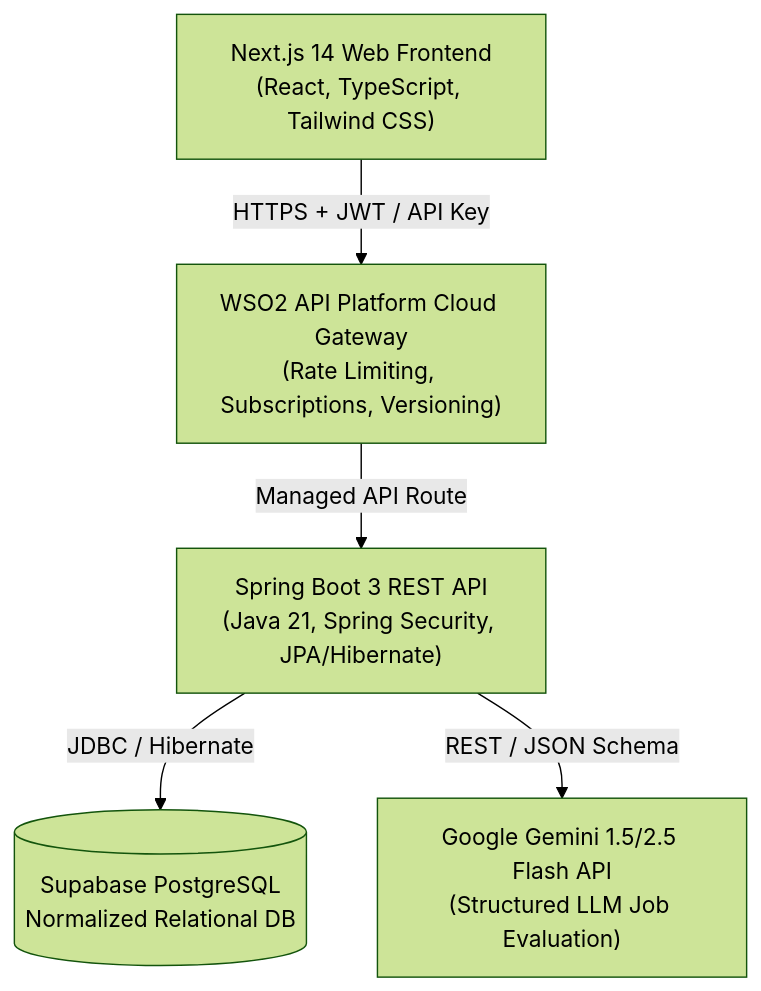
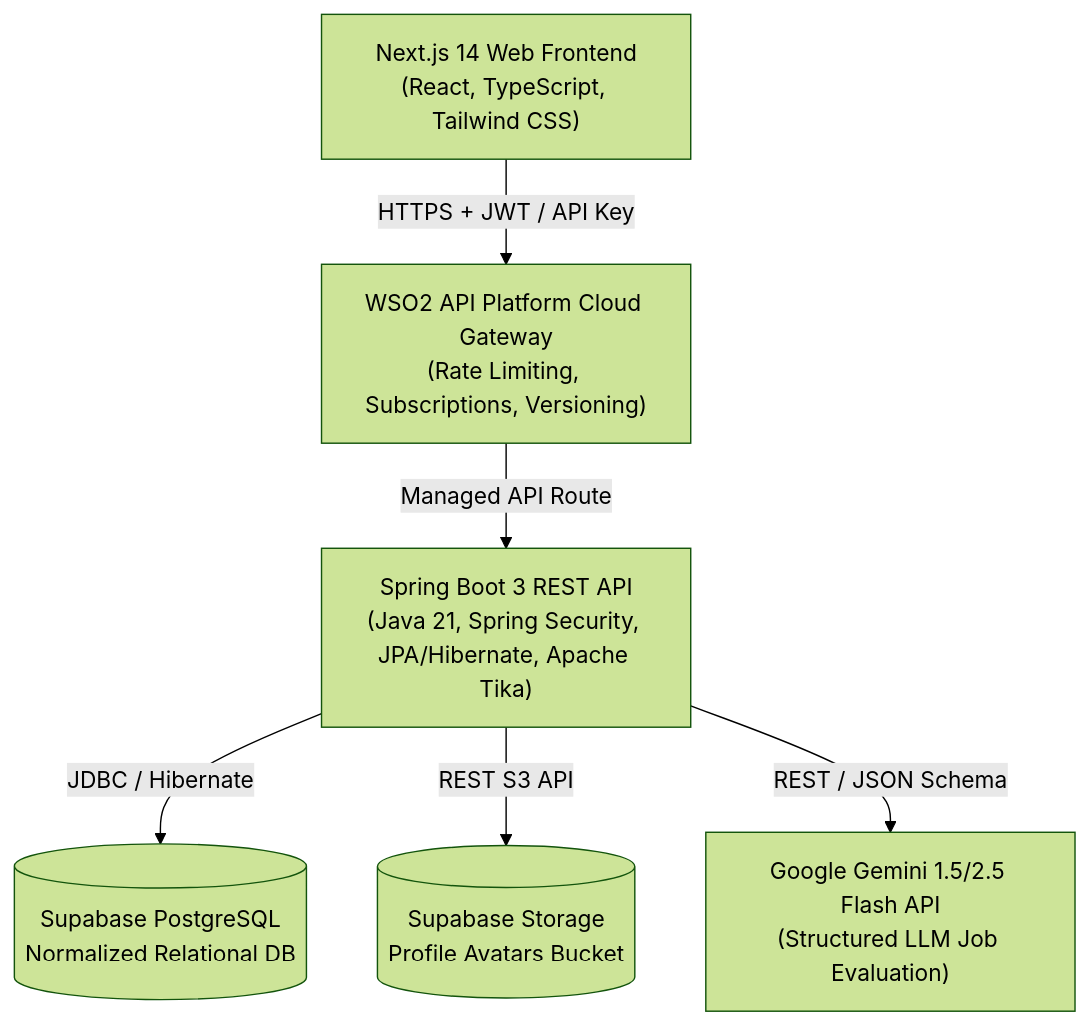
Before and after one commit to hifasahamath/AI-Job-Application-Tracker: the first of 3 diagrams in docs/ARCHITECTURE.md, drawn with Mermaid (forest theme). The commit also changed other lines of this file and 2 other files, not shown here.

Commit message:
docs: update system architecture, openapi spec, and postman test collection

````diff
--- a/docs/ARCHITECTURE.md
+++ b/docs/ARCHITECTURE.md
@@ -9,13 +9,15 @@
 ```mermaid
 graph TD
     Client["Next.js 14 Web Frontend<br/>(React, TypeScript, Tailwind CSS)"]
     WSO2["WSO2 API Platform Cloud Gateway<br/>(Rate Limiting, Subscriptions, Versioning)"]
-    Backend["Spring Boot 3 REST API<br/>(Java 21, Spring Security, JPA/Hibernate)"]
+    Backend["Spring Boot 3 REST API<br/>(Java 21, Spring Security, JPA/Hibernate, Apache Tika)"]
     Postgres[("Supabase PostgreSQL<br/>Normalized Relational DB")]
+    SupabaseStore[("Supabase Storage<br/>Profile Avatars Bucket")]
     Gemini["Google Gemini 1.5/2.5 Flash API<br/>(Structured LLM Job Evaluation)"]
 
     Client -->|HTTPS + JWT / API Key| WSO2
     WSO2 -->|Managed API Route| Backend
     Backend -->|JDBC / Hibernate| Postgres
+    Backend -->|REST S3 API| SupabaseStore
     Backend -->|REST / JSON Schema| Gemini
 ```
````
